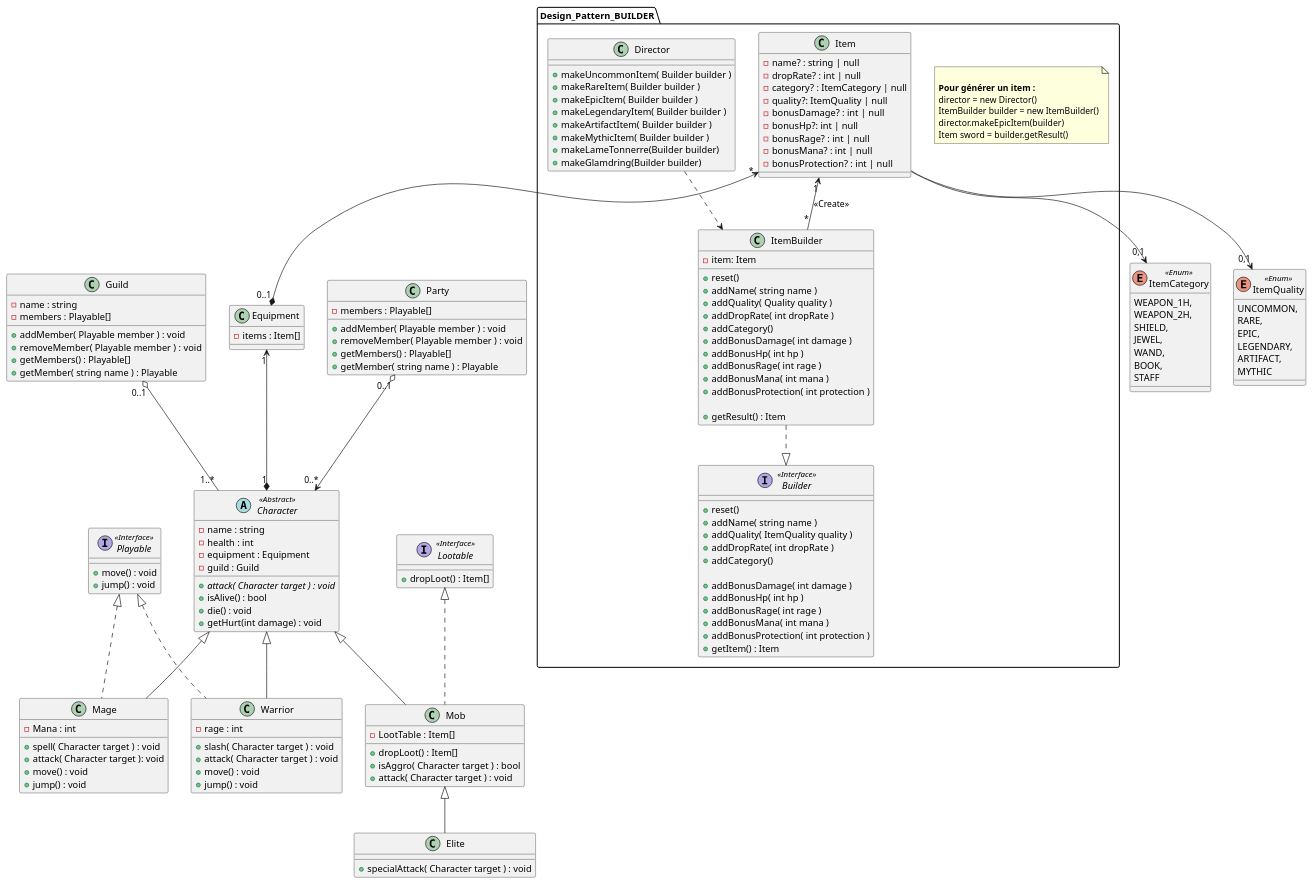
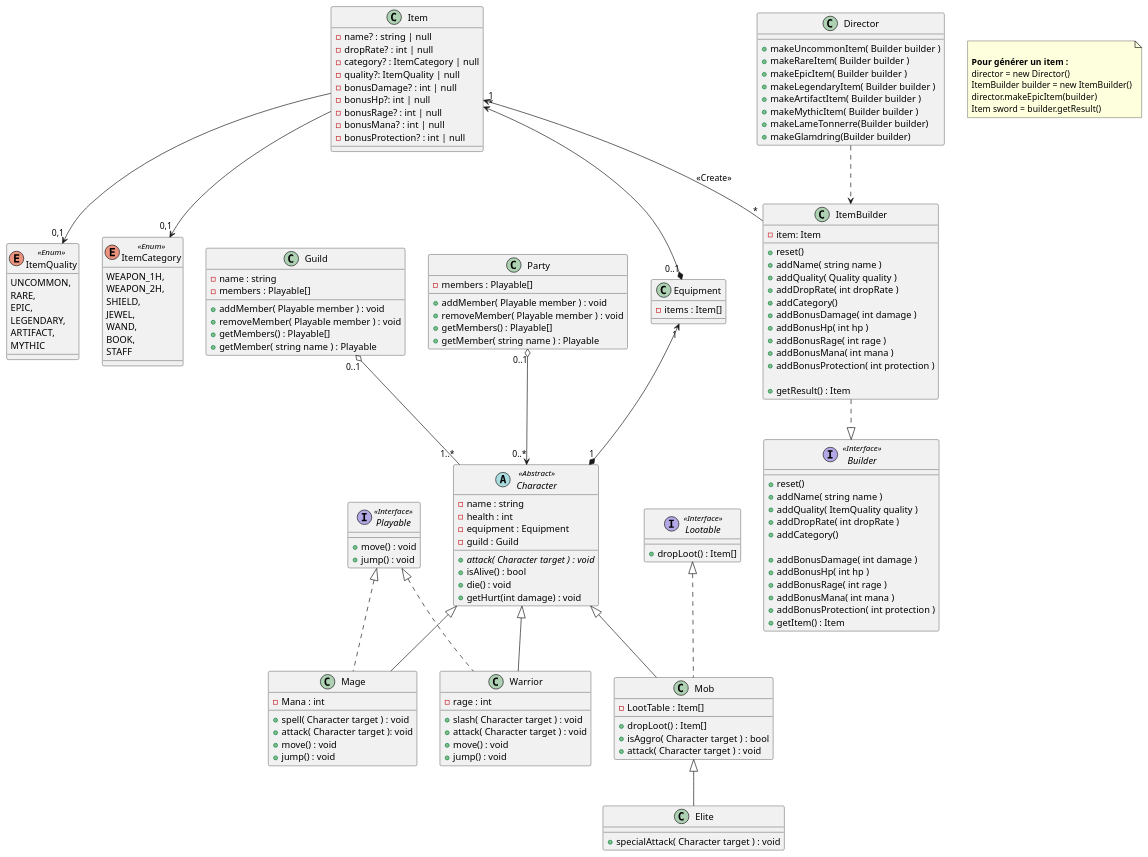
The diagram in cours/poo.puml (bbauer02/3wa_uml_etudiant), drawn with PlantUML before and after one commit. The commit also changed 3 other files, not shown here.

```diff
--- a/cours/poo.puml
+++ b/cours/poo.puml
@@ -1,197 +1,197 @@
 @startuml
 'https://plantuml.com/class-diagram
 
 class Equipment {
     -items : Item[]
 
 }
 
 
 abstract class Character <<Abstract>> {
     -name : string
     -health : int
     -equipment : Equipment
     -guild : Guild
     +{abstract}attack( Character target ) : void
     +isAlive() : bool
     +die() : void
     +getHurt(int damage) : void
 
 }
 
 class Mage {
     -Mana : int
     +spell( Character target ) : void
     +attack( Character target ): void
     +move() : void
     +jump() : void
 }
 
 class Warrior {
     -rage : int
     +slash( Character target ) : void
     +attack( Character target ) : void
     +move() : void
     +jump() : void
 }
 
 
 
 
 interface Playable  <<Interface>> {
 + move() : void
 + jump() : void
 }
 interface Lootable <<Interface>> {
     +dropLoot() : Item[]
 }
 class Mob {
     -LootTable : Item[]
     + dropLoot() : Item[]
     +isAggro( Character target ) : bool
     +attack( Character target ) : void
 }
 
 class Elite {
     +specialAttack( Character target ) : void
 }
 
 enum ItemQuality <<Enum>> {
   UNCOMMON,
   RARE,
   EPIC,
   LEGENDARY,
   ARTIFACT,
   MYTHIC
 }
 
 
 
 
 enum ItemCategory <<Enum>> {
   WEAPON_1H,
   WEAPON_2H,
   SHIELD,
   JEWEL,
   WAND,
   BOOK,
   STAFF
 }
 
-namespace  Design_Pattern_BUILDER  {
+' namespace  Design_Pattern_BUILDER  {
 
 note as A
 
     <b>Pour générer un item :</b>
     director = new Director()
     ItemBuilder builder = new ItemBuilder()
     director.makeEpicItem(builder)
     Item sword = builder.getResult()
 end note
 
 interface Builder <<Interface>> {
     +reset()
     +addName( string name )
     +addQuality( ItemQuality quality )
     +addDropRate( int dropRate )
     +addCategory()
 
     +addBonusDamage( int damage )
     +addBonusHp( int hp )
     +addBonusRage( int rage )
     +addBonusMana( int mana )
     +addBonusProtection( int protection )
     +getItem() : Item
 }
 
 
 
 
 class Director {
     +makeUncommonItem( Builder builder )
     +makeRareItem( Builder builder )
     +makeEpicItem( Builder builder )
     +makeLegendaryItem( Builder builder )
     +makeArtifactItem( Builder builder )
     +makeMythicItem( Builder builder )
     +makeLameTonnerre(Builder builder)
     +makeGlamdring(Builder builder)
 
 }
 
 class ItemBuilder  {
     -item: Item
     +reset()
     +addName( string name )
     +addQuality( Quality quality )
     +addDropRate( int dropRate )
     +addCategory()
     +addBonusDamage( int damage )
     +addBonusHp( int hp )
     +addBonusRage( int rage )
     +addBonusMana( int mana )
     +addBonusProtection( int protection )
 
     +getResult() : Item
 }
 
 
 
 class Item {
     -name? : string | null
     -dropRate? : int | null
     -category? : ItemCategory | null
     -quality?: ItemQuality | null
     -bonusDamage? : int | null
     -bonusHp?: int | null
     -bonusRage? : int | null
     -bonusMana? : int | null
     -bonusProtection? : int | null
 }
 
 
 ItemBuilder ..|> Builder
 Item "1" <-- "*" ItemBuilder : "<<Create>>"
 Item "*" <--* "0..1" Equipment
 Item  --> "0,1" ItemQuality
 Item  --> "0,1" ItemCategory
 Director ..> ItemBuilder
 
-}
+'}
 
 Equipment "1" <--* "1" Character
 
 Playable <|.. Mage
 Playable <|.. Warrior
 
 Character <|-- Mage
 Character <|-- Warrior
 Character <|-- Mob
 
 Mob <|-- Elite
 
 Lootable <|.. Mob
 
 
 class Guild {
     -name : string
     -members : Playable[]
     +addMember( Playable member ) : void
     +removeMember( Playable member ) : void
     +getMembers() : Playable[]
     +getMember( string name ) : Playable
 }
 
 Guild "0..1" o-- "1..*" Character
 
 class Party {
     -members : Playable[]
     +addMember( Playable member ) : void
     +removeMember( Playable member ) : void
     +getMembers() : Playable[]
     +getMember( string name ) : Playable
 }
 
 Party "0..1" o--> "0..*" Character
 
 @enduml
```
